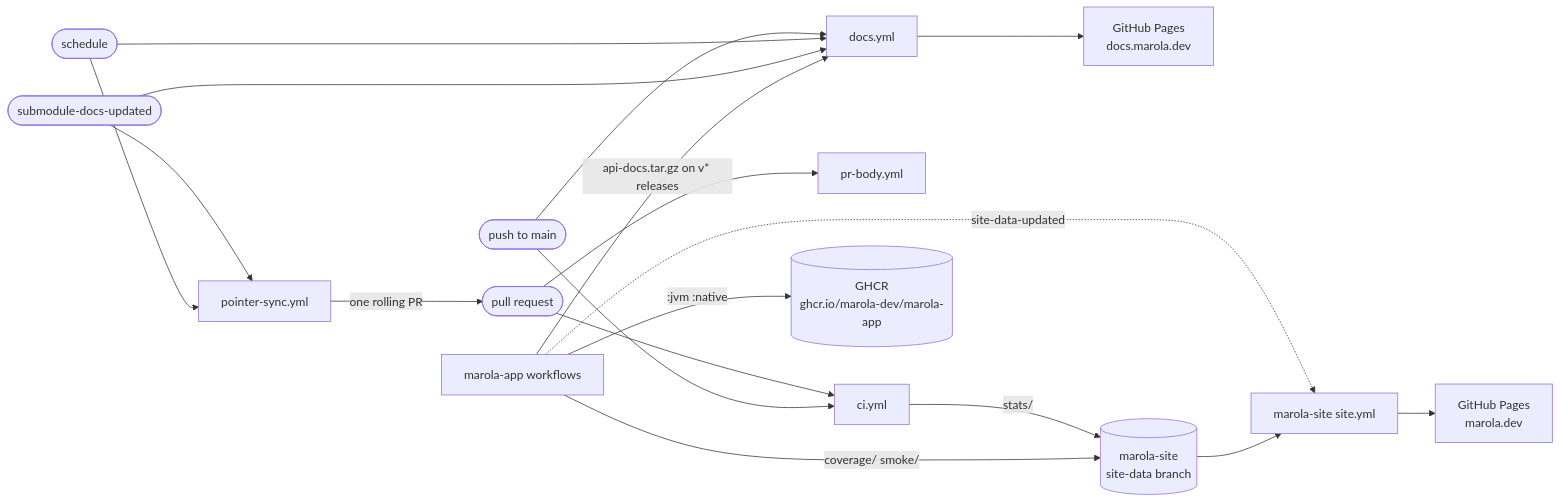
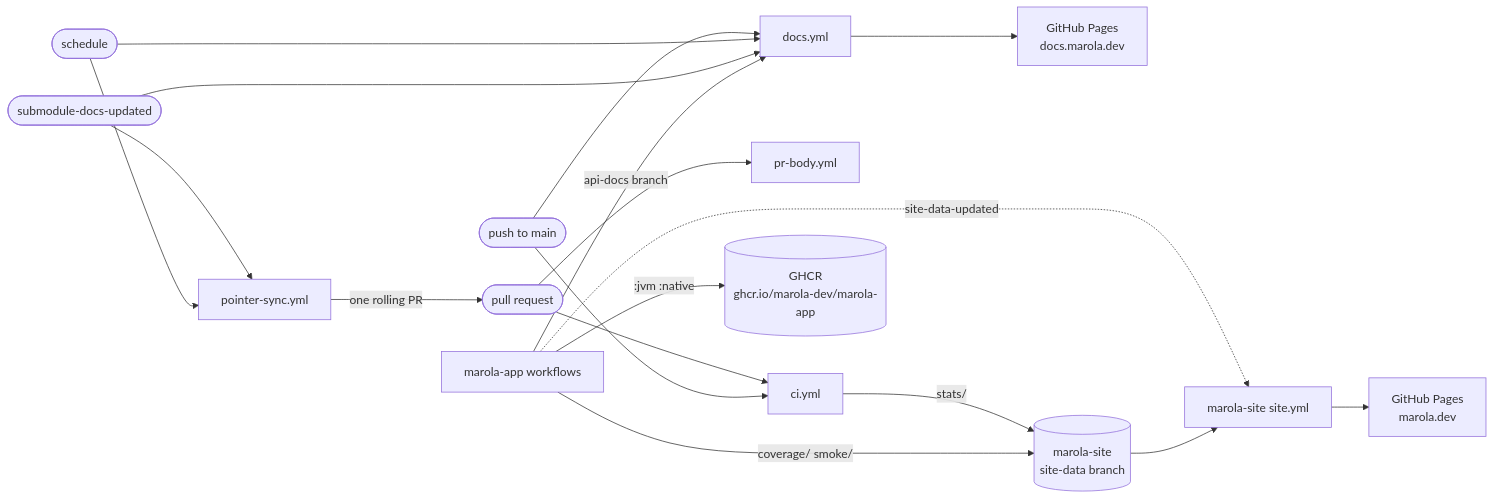
One commit to marola-dev/marola changed the first of 2 diagrams in docs/3-Ways-of-working/CI-CD.md. Above: the diagram before and after it, drawn with Mermaid. The commit also changed other lines of this file and 5 other files, not shown here.

````diff
--- a/docs/3-Ways-of-working/CI-CD.md
+++ b/docs/3-Ways-of-working/CI-CD.md
@@ -14,20 +14,20 @@
 ```mermaid
 flowchart LR
   pr([pull request]) --> ci[ci.yml]
   pr --> body[pr-body.yml]
   main([push to main]) --> ci
   main --> docs[docs.yml]
   cron([schedule]) --> docs
   sub([submodule-docs-updated]) --> docs
   sub --> sync[pointer-sync.yml]
   cron --> sync
   sync -- "one rolling PR" --> pr
   app[marola-app workflows] -- ":jvm :native" --> ghcr[(GHCR<br/>ghcr.io/marola-dev/marola-app)]
-  app -- "api-docs.tar.gz on v* releases" --> docs
+  app -- "api-docs branch" --> docs
   docs --> dpages[GitHub Pages<br/>docs.marola.dev]
   ci -- "stats/" --> sd[(marola-site<br/>site-data branch)]
   app -- "coverage/ smoke/" --> sd
   app -. site-data-updated .-> site[marola-site site.yml]
   sd --> site
   site --> pages[GitHub Pages<br/>marola.dev]
 ```
````
